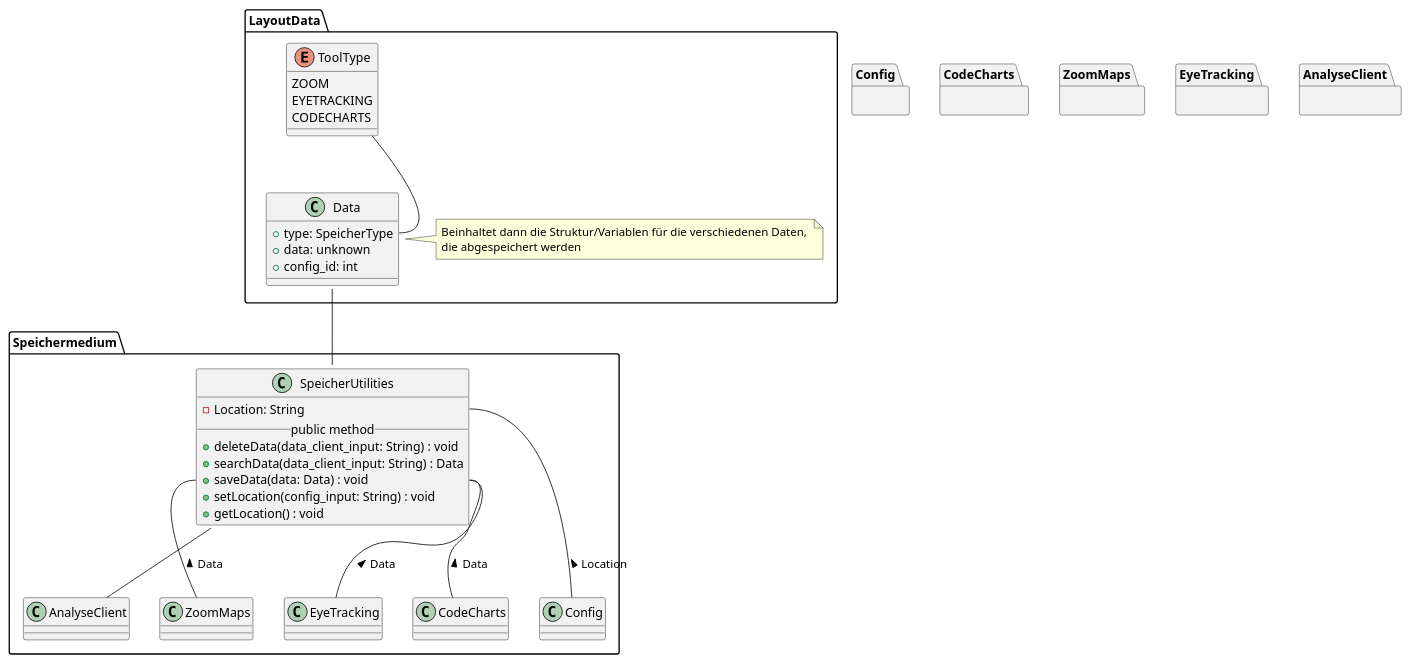
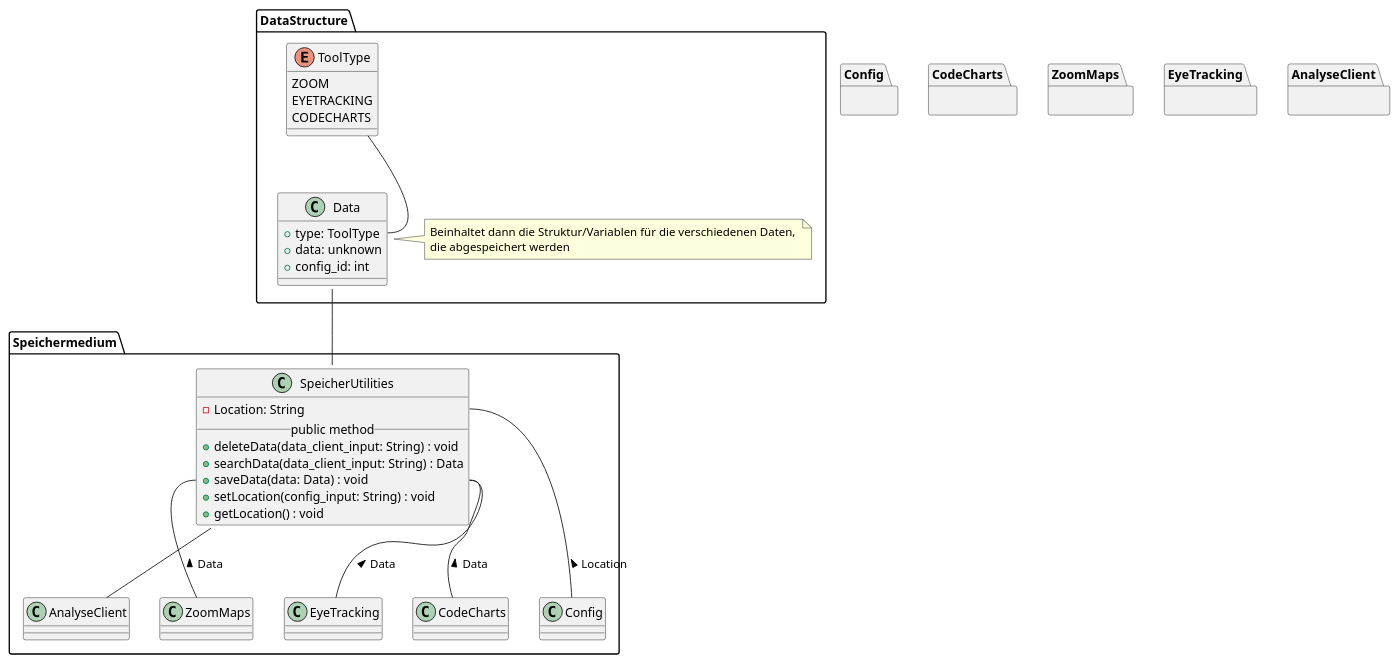
One commit to weichware10/meilensteine changed the diagram in meilenstein_03/uml-speichermedium/speichermedium.puml. Above: the diagram before and after it, drawn with PlantUML.

Commit message:
Für Herr Jescheck

```diff
--- a/meilenstein_03/uml-speichermedium/speichermedium.puml
+++ b/meilenstein_03/uml-speichermedium/speichermedium.puml
@@ -1,65 +1,65 @@
 @startuml speichermedium
 ' === Speichermedium ===
 package Speichermedium {
       ' SpeicherUtilities
       class SpeicherUtilities {
          - Location: String
          __public method__
          + deleteData(data_client_input: String) : void
          + searchData(data_client_input: String) : Data
          + saveData(data: Data) : void
          + setLocation(config_input: String) : void
          + getLocation() : void
      }
 
       
 
      ' Andere Module
      SpeicherUtilities::Location -- Config : < Location
      SpeicherUtilities::saveData -- CodeCharts : < Data
      SpeicherUtilities::saveData -- ZoomMaps : < Data
      SpeicherUtilities::saveData -- EyeTracking : < Data
      SpeicherUtilities -- AnalyseClient
 }
 
-package LayoutData {
+package DataStructure {
 
 class Data {
-   + type: SpeicherType
+   + type: ToolType
    + data: unknown
    + config_id: int
 }
 
 note right of Data
    Beinhaltet dann die Struktur/Variablen für die verschiedenen Daten, 
    die abgespeichert werden
 end note
 
       
 
 ' Interaktionen
       
 Data -- SpeicherUtilities
 
 ToolType -- Data::type
 
 ' ToolType
       enum ToolType {
          ZOOM
          EYETRACKING
          CODECHARTS
       }
 
 }
 ' Blackboxen / Andere Module
  package Config {}
 
  package CodeCharts {}
 
  package ZoomMaps {}
 
  package EyeTracking {}
 
  package AnalyseClient {}
 
 @enduml
```
